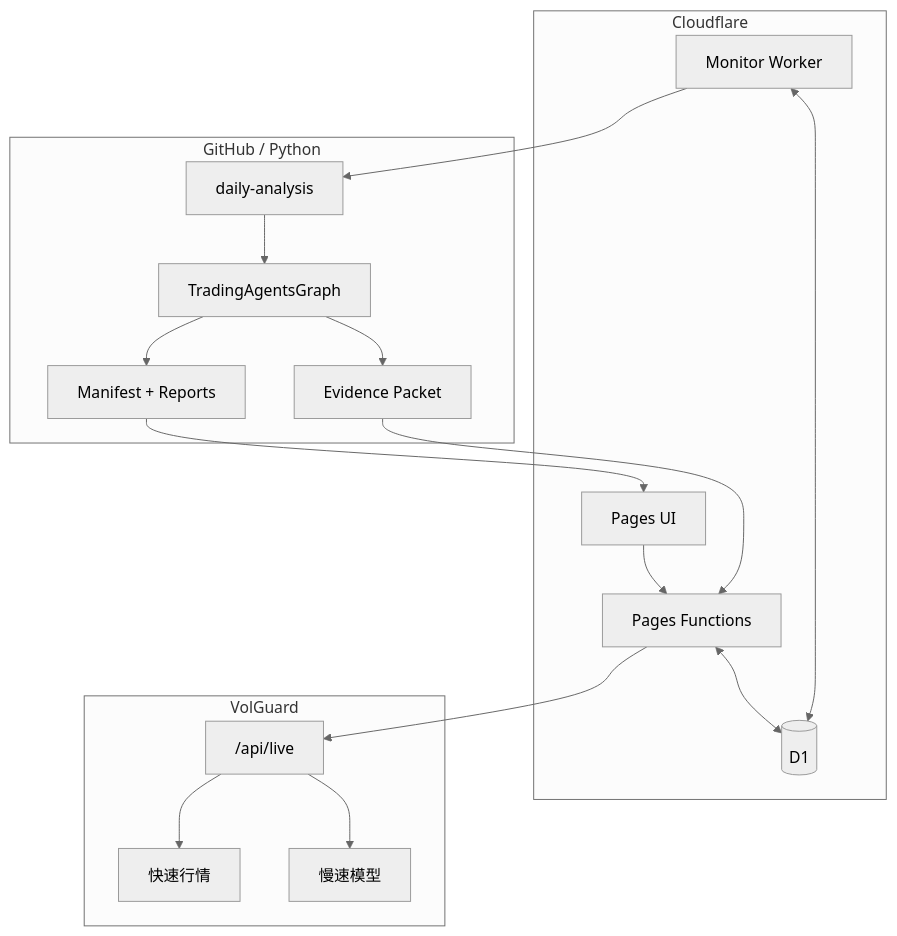
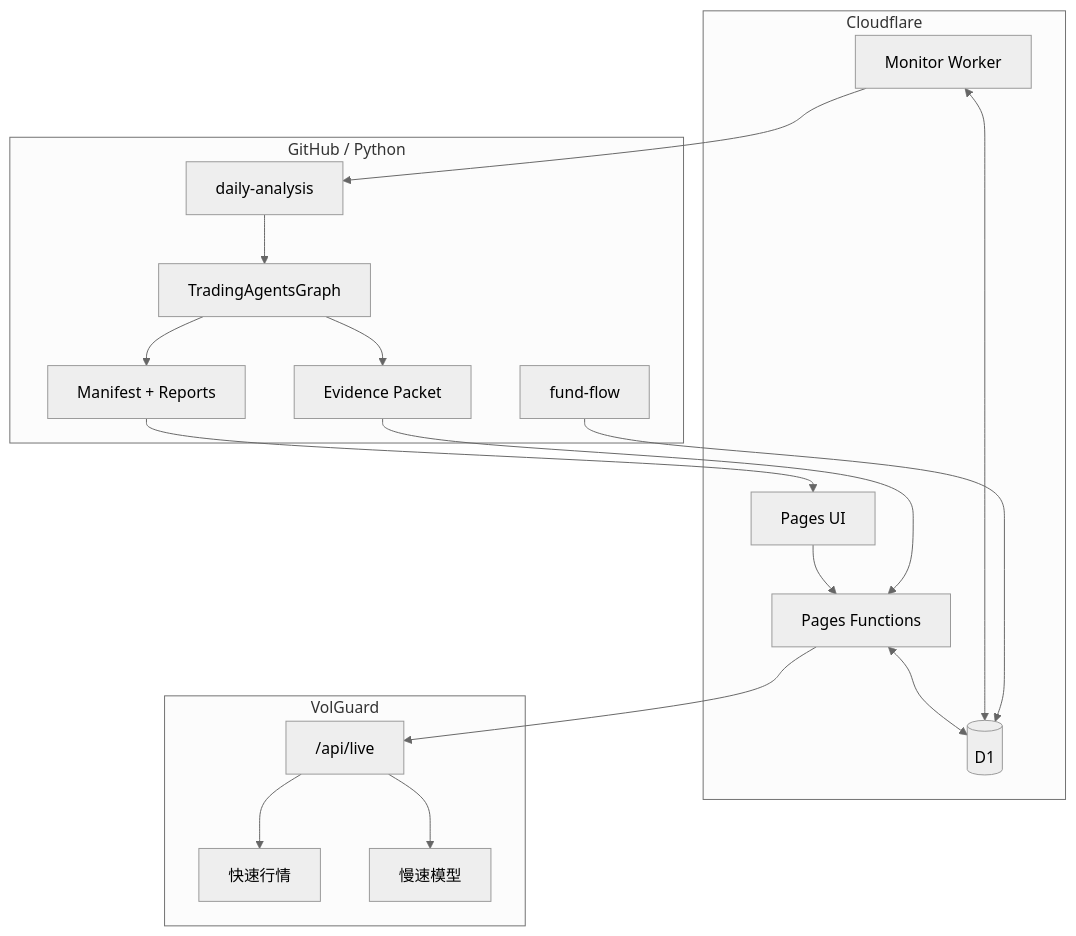
One commit to gaaiyun/TradingWorkbench changed the first of 9 diagrams in docs/architecture-and-data-flows.md. Above: the diagram before and after it, drawn with Mermaid (neutral theme). The commit also changed other lines of this file and 4 other files, not shown here.

````diff
--- a/docs/architecture-and-data-flows.md
+++ b/docs/architecture-and-data-flows.md
@@ -18,35 +19,37 @@
 ```mermaid
 flowchart TB
     subgraph Edge["Cloudflare"]
         UI["Pages UI"]
         API["Pages Functions"]
         W["Monitor Worker"]
         D[("D1")]
     end
 
     subgraph Research["GitHub / Python"]
         GH["daily-analysis"]
+        FF["fund-flow"]
         TA["TradingAgentsGraph"]
         EV["Evidence Packet"]
         MF["Manifest + Reports"]
     end
 
     subgraph Options["VolGuard"]
         VL["/api/live"]
         FAST["快速行情"]
         SLOW["慢速模型"]
     end
 
     UI --> API
     API <--> D
     W <--> D
     W --> GH
+    FF --> D
     GH --> TA
     TA --> EV
     TA --> MF
     EV --> API
     MF --> UI
     API --> VL
     VL --> FAST
     VL --> SLOW
 ```
````
